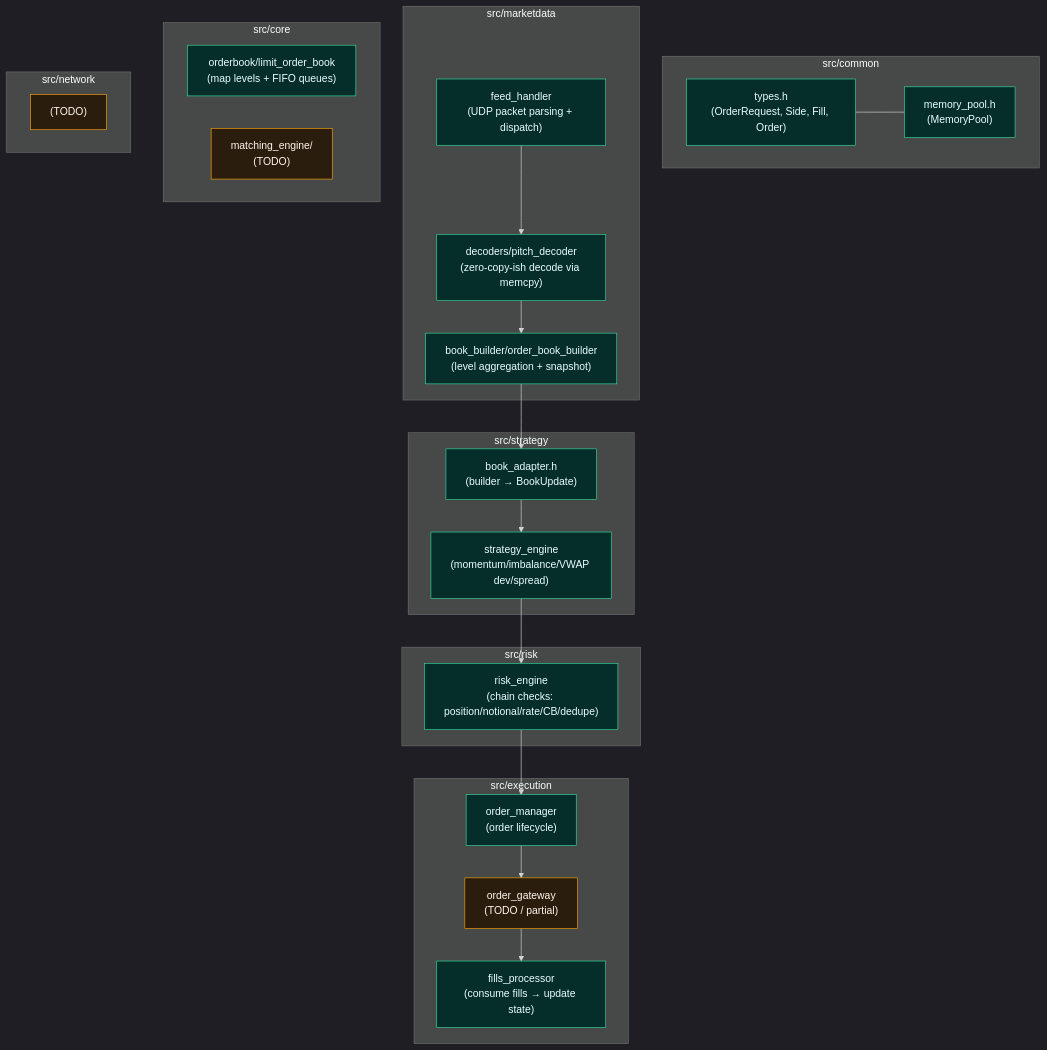
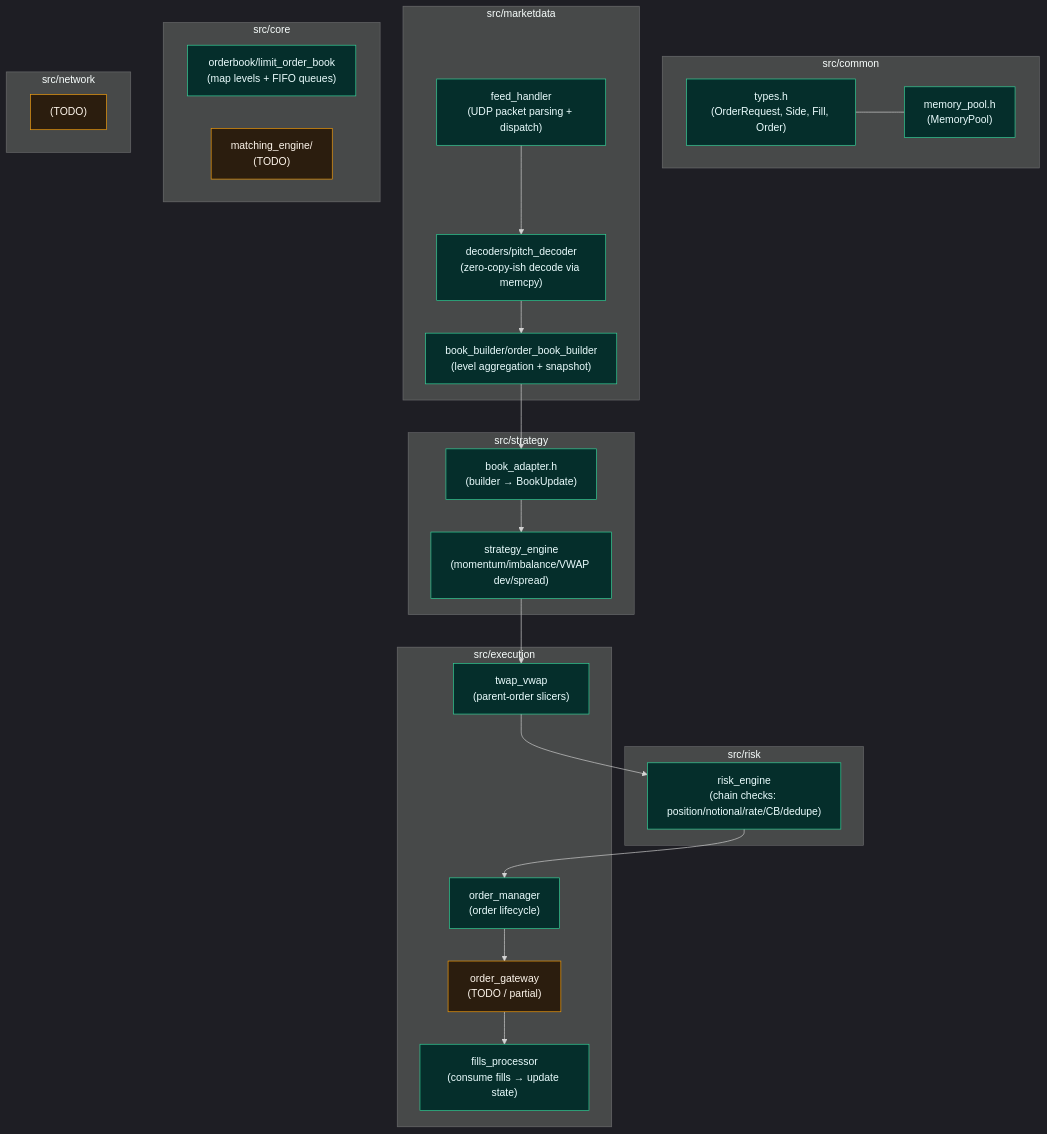
Before and after one commit to ATMmonitor667/High-Frequency-Trading-Engine: the second of 3 diagrams in README.md, drawn with Mermaid. The commit also changed 5 other files, not shown here.

````diff
--- a/README.md
+++ b/README.md
@@ -38,51 +38,52 @@
 ```mermaid
 flowchart TB
   %%{init: {'theme': 'dark'} }%%
 
   subgraph common["src/common"]
     T["types.h\n(OrderRequest, Side, Fill, Order)"]
     MP["memory_pool.h\n(MemoryPool<T>)"]
   end
 
   subgraph marketdata["src/marketdata"]
     FH["feed_handler\n(UDP packet parsing + dispatch)"]
     PD["decoders/pitch_decoder\n(zero-copy-ish decode via memcpy)"]
     OBB["book_builder/order_book_builder\n(level aggregation + snapshot)"]
   end
 
   subgraph core["src/core"]
     LOB["orderbook/limit_order_book\n(map levels + FIFO queues)"]
     ME["matching_engine/\n(TODO)"]
   end
 
   subgraph strategy["src/strategy"]
     BA["book_adapter.h\n(builder → BookUpdate)"]
     SE["strategy_engine\n(momentum/imbalance/VWAP dev/spread)"]
   end
 
   subgraph risk["src/risk"]
     RE["risk_engine\n(chain checks: position/notional/rate/CB/dedupe)"]
   end
 
   subgraph exec["src/execution"]
     OM["order_manager\n(order lifecycle)"]
+    TV["twap_vwap\n(parent-order slicers)"]
     FG["order_gateway\n(TODO / partial)"]
     FP["fills_processor\n(consume fills → update state)"]
   end
 
   subgraph net["src/network"]
     N["(TODO)"]
   end
 
   FH --> PD --> OBB
-  OBB --> BA --> SE --> RE --> OM --> FG
+  OBB --> BA --> SE --> TV --> RE --> OM --> FG
   FG --> FP
   T --- MP
 
   classDef done fill:#052e2b,stroke:#34d399,stroke-width:1px,color:#ecfeff;
   classDef todo fill:#2b1d0e,stroke:#f59e0b,stroke-width:1px,color:#fff7ed;
   classDef mid fill:#111827,stroke:#93c5fd,stroke-width:1px,color:#e5e7eb;
 
-  class T,MP,FH,PD,OBB,LOB,BA,SE,RE,OM,FP done;
+  class T,MP,FH,PD,OBB,LOB,BA,SE,RE,OM,FP,TV done;
   class ME,FG,N todo;
 ```
````
